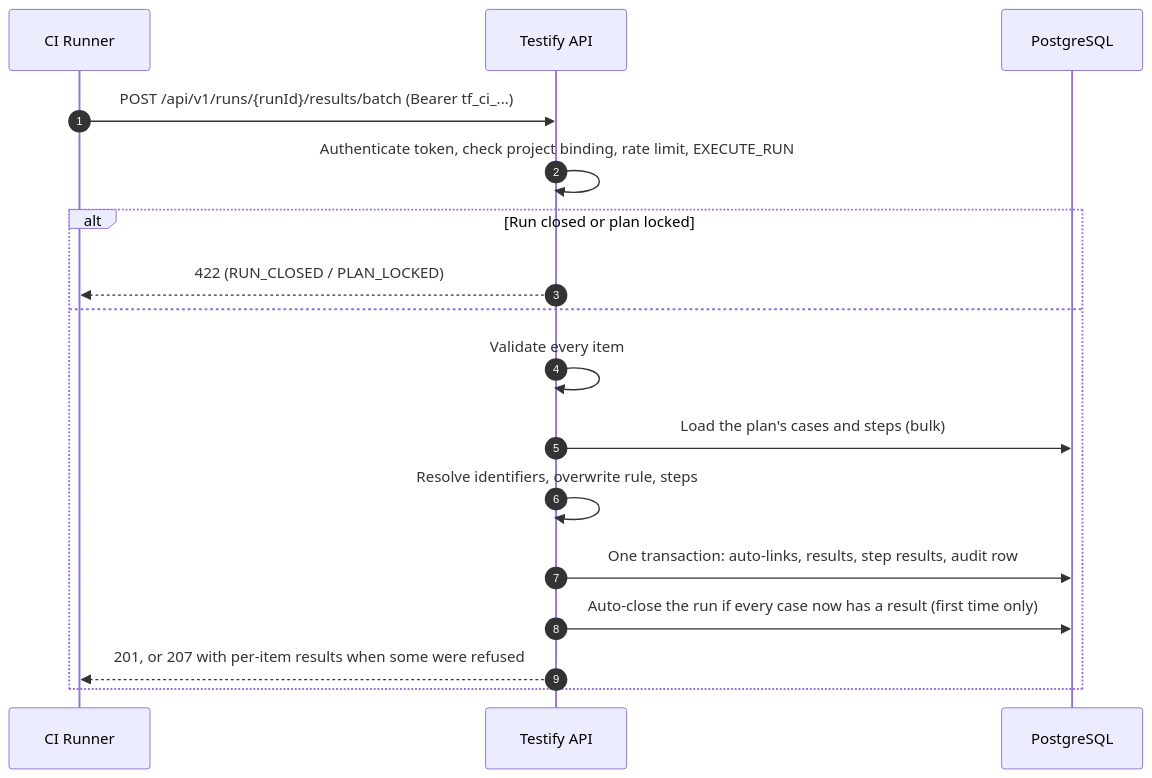
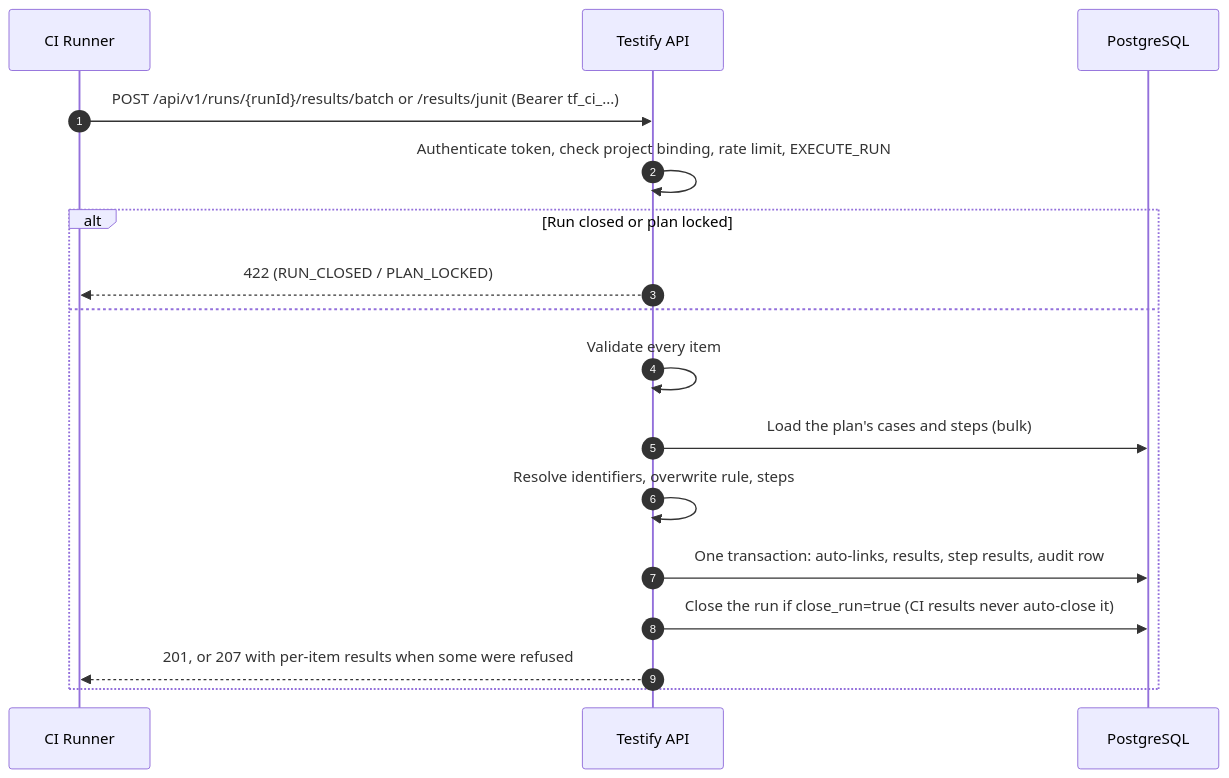
One commit to ElliotNewtonMiller/Testify changed the first of 2 diagrams in docs/rfc_03_api_and_xml_contracts.md. Above: the diagram before and after it, drawn with Mermaid. The commit also changed other lines of this file and 22 other files, not shown here.

First line of the commit message:
CI integration: JUnit XML uploads, runs by name, CI examples (API roadmap step 5)

````diff
--- a/docs/rfc_03_api_and_xml_contracts.md
+++ b/docs/rfc_03_api_and_xml_contracts.md
@@ -475,20 +491,20 @@
 ```mermaid
 sequenceDiagram
     autonumber
     participant CI as CI Runner
     participant API as Testify API
     participant DB as PostgreSQL
 
-    CI->>API: POST /api/v1/runs/{runId}/results/batch (Bearer tf_ci_...)
+    CI->>API: POST /api/v1/runs/{runId}/results/batch or /results/junit (Bearer tf_ci_...)
     API->>API: Authenticate token, check project binding, rate limit, EXECUTE_RUN
     alt Run closed or plan locked
         API-->>CI: 422 (RUN_CLOSED / PLAN_LOCKED)
     else
         API->>API: Validate every item
         API->>DB: Load the plan's cases and steps (bulk)
         API->>API: Resolve identifiers, overwrite rule, steps
         API->>DB: One transaction: auto-links, results, step results, audit row
-        API->>DB: Auto-close the run if every case now has a result (first time only)
+        API->>DB: Close the run if close_run=true (CI results never auto-close it)
         API-->>CI: 201, or 207 with per-item results when some were refused
     end
 ```
````
